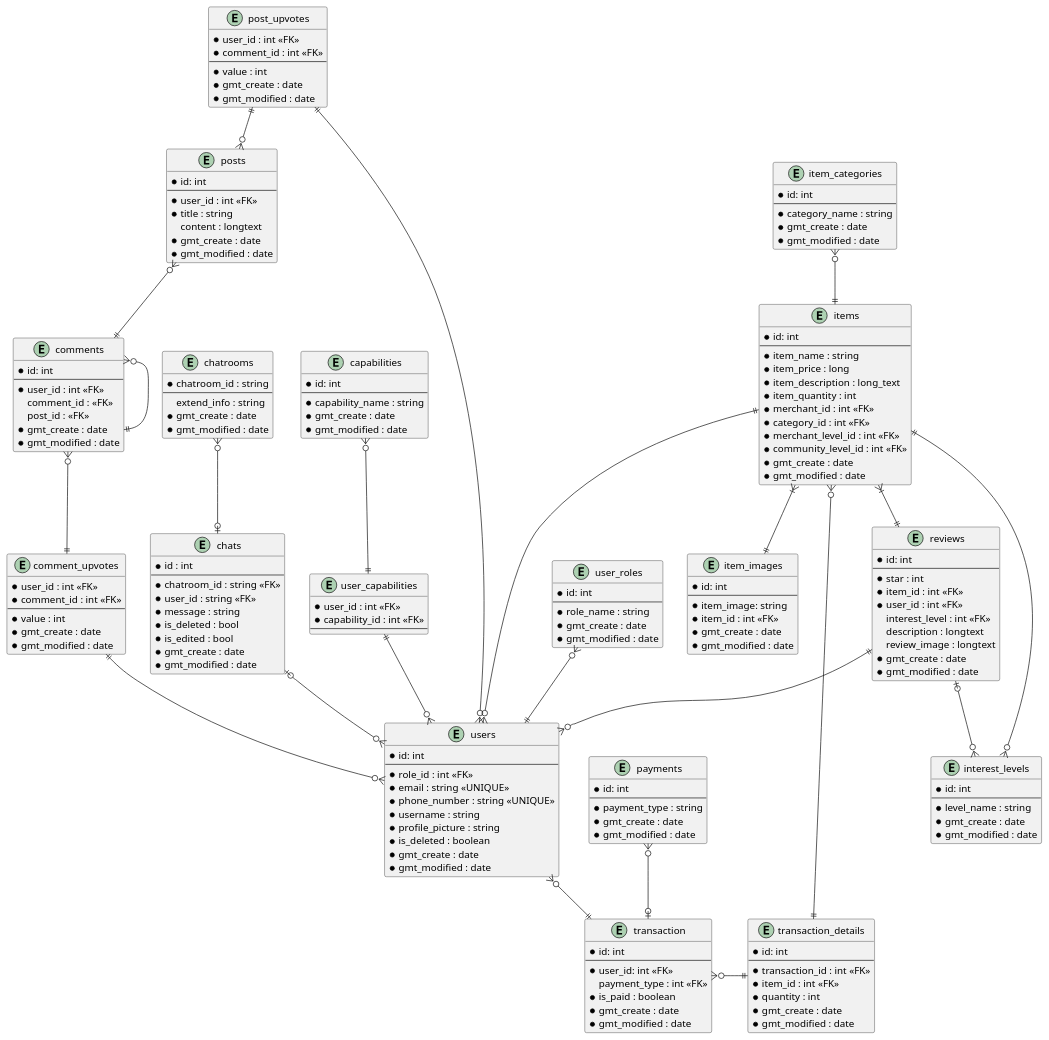
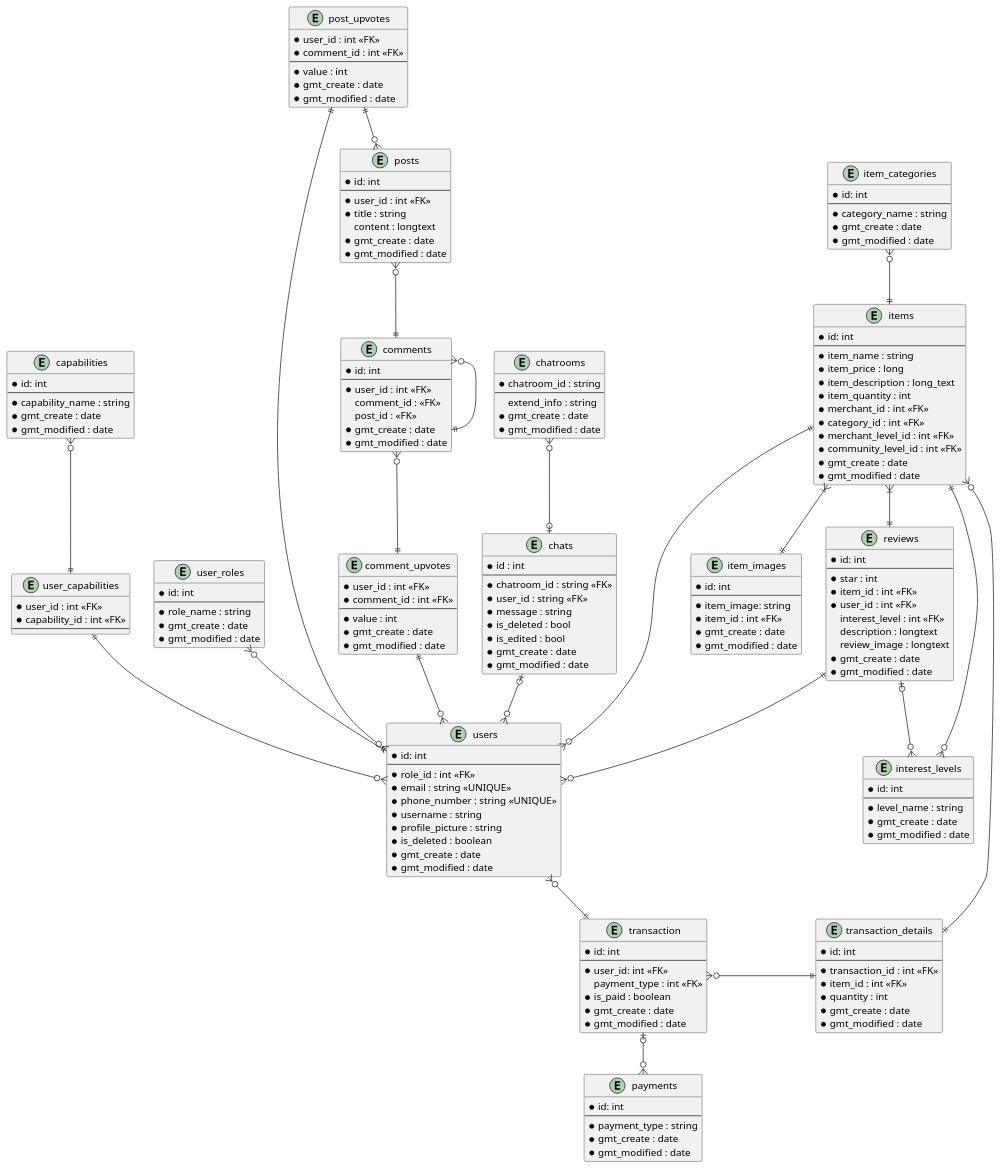
Before and after one commit to aldihsuhandi/skripsi-2023: the diagram in uml/ERD.pu, drawn with PlantUML.

```diff
--- a/uml/ERD.pu
+++ b/uml/ERD.pu
@@ -189,7 +189,7 @@
 
 user_roles }o--|| users
 
-payments }o--o| transaction
+transaction |o--o{ payments
 users }o--|| transaction
 transaction }o-|| transaction_details
 items }o--|| transaction_details
```
